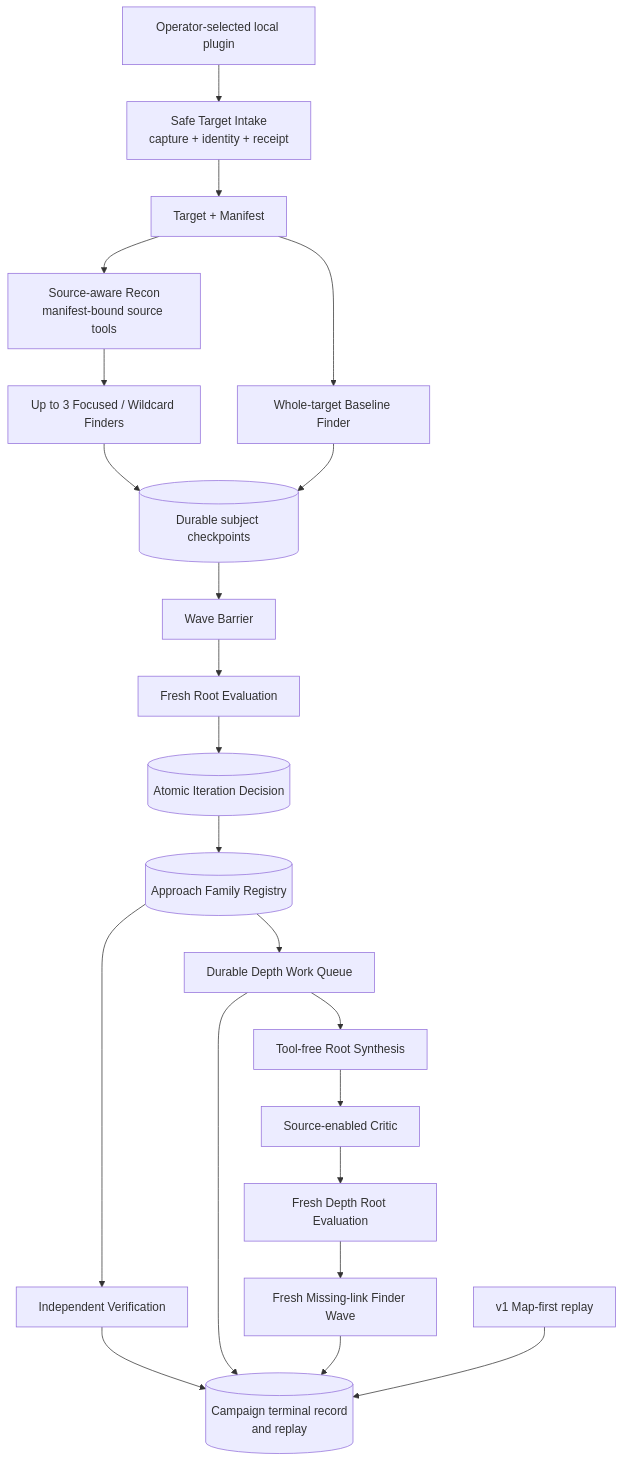
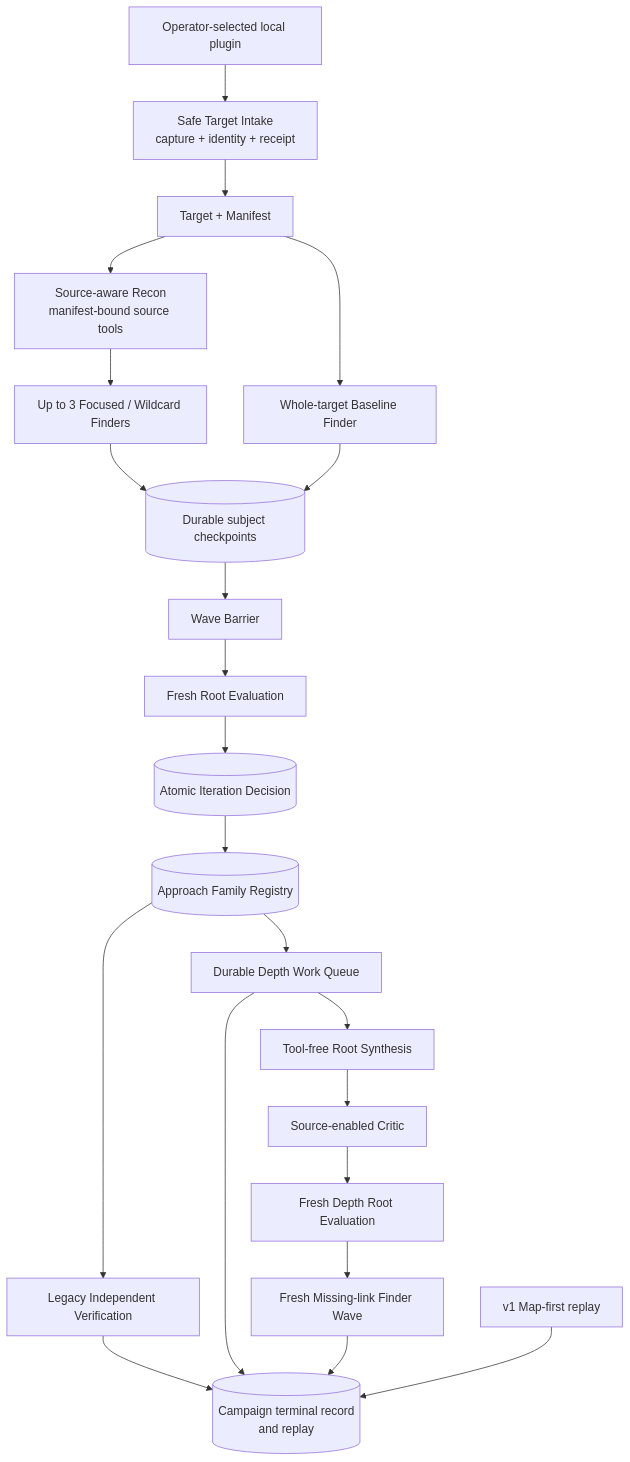
One commit to momoponwork1415-lgtm/wordpress-harness changed the third of 4 diagrams in docs/CODEBASE-GUIDE.md. Above: the diagram before and after it, drawn with Mermaid. The commit also changed other lines of this file and 25 other files, not shown here.

````diff
--- a/docs/CODEBASE-GUIDE.md
+++ b/docs/CODEBASE-GUIDE.md
@@ -63,31 +63,31 @@
 ```mermaid
 flowchart TB
     local["Operator-selected local plugin"]
     intake["Safe Target Intake<br/>capture + identity + receipt"]
     source["Target + Manifest"]
     recon["Source-aware Recon<br/>manifest-bound source tools"]
     baseline["Whole-target Baseline Finder"]
     focused["Up to 3 Focused / Wildcard Finders"]
     checkpoint[("Durable subject checkpoints")]
     barrier["Wave Barrier"]
     evaluator["Fresh Root Evaluation"]
     decision[("Atomic Iteration Decision")]
     registry[("Approach Family Registry")]
-    verifier["Independent Verification"]
+    verifier["Legacy Independent Verification"]
     depth["Durable Depth Work Queue"]
     synthesis["Tool-free Root Synthesis"]
     critic["Source-enabled Critic"]
     depthEval["Fresh Depth Root Evaluation"]
     missing["Fresh Missing-link Finder Wave"]
     terminal[("Campaign terminal record<br/>and replay")]
     legacy["v1 Map-first replay"]
 
     local --> intake --> source
     source --> recon --> focused --> checkpoint
     source --> baseline --> checkpoint
     checkpoint --> barrier --> evaluator --> decision --> registry
     registry --> verifier --> terminal
     registry --> depth --> terminal
     depth --> synthesis --> critic --> depthEval --> missing --> terminal
     legacy --> terminal
 ```
````
